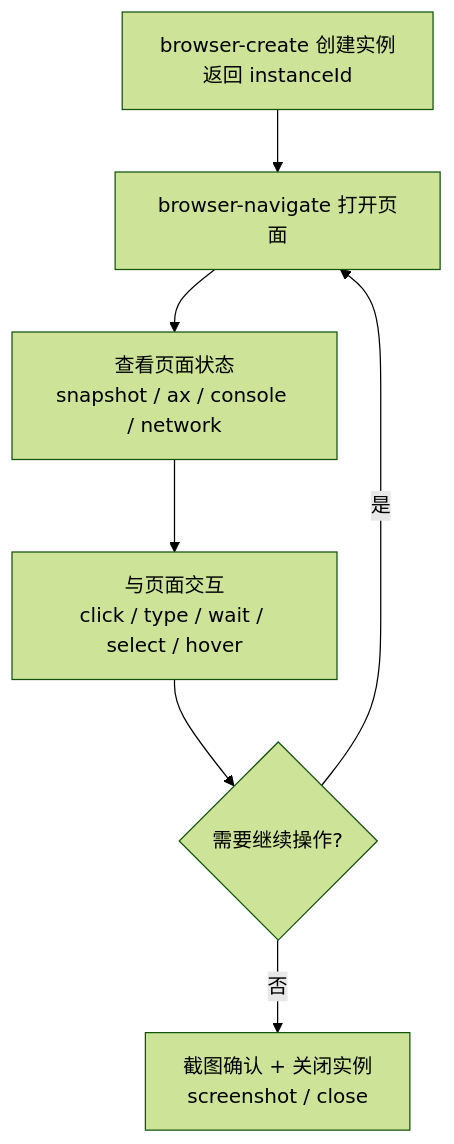
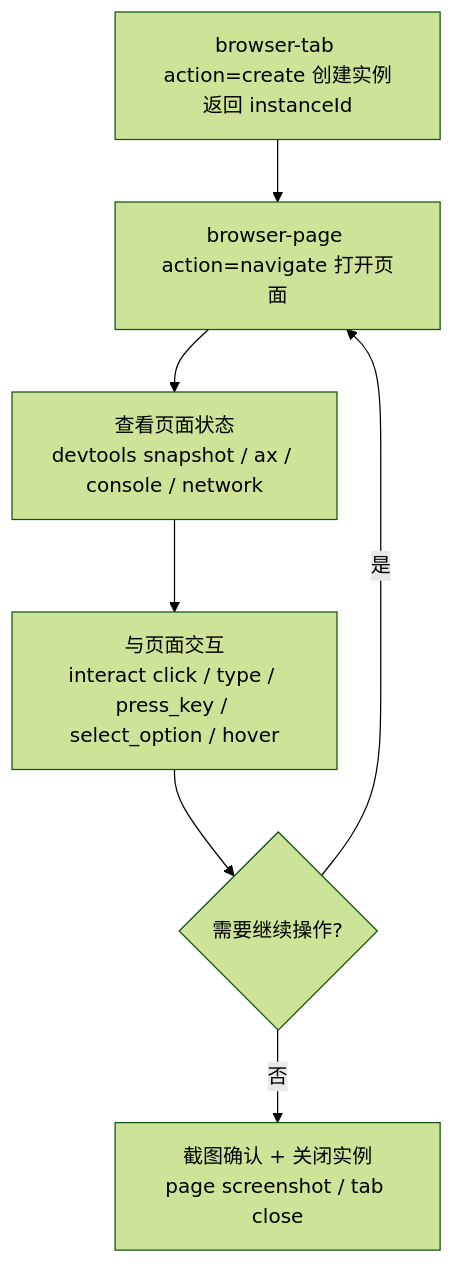
The diagram in docs/zh-CN/2-使用指南/6-浏览器自动化.md (MayDay-wpf/snow-app), drawn with Mermaid (forest theme) before and after one commit. The commit also changed other lines of this file and 28 other files, not shown here.

First line of the commit message:
feat(browser-devtools): add logpoints and route fault injection

````diff
--- a/docs/zh-CN/2-使用指南/6-浏览器自动化.md
+++ b/docs/zh-CN/2-使用指南/6-浏览器自动化.md
@@ -33,9 +28,9 @@
 ```mermaid
 flowchart TD
-    A[browser-create 创建实例<br/>返回 instanceId] --> B[browser-navigate 打开页面]
-    B --> C[查看页面状态<br/>snapshot / ax / console / network]
-    C --> D[与页面交互<br/>click / type / wait / select / hover]
+    A[browser-tab action=create 创建实例<br/>返回 instanceId] --> B[browser-page action=navigate 打开页面]
+    B --> C[查看页面状态<br/>devtools snapshot / ax / console / network]
+    C --> D[与页面交互<br/>interact click / type / press_key / select_option / hover]
     D --> E{需要继续操作?}
     E -- 是 --> B
-    E -- 否 --> F[截图确认 + 关闭实例<br/>screenshot / close]
+    E -- 否 --> F[截图确认 + 关闭实例<br/>page screenshot / tab close]
 ```
````
